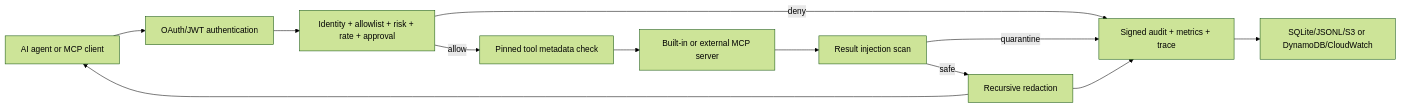
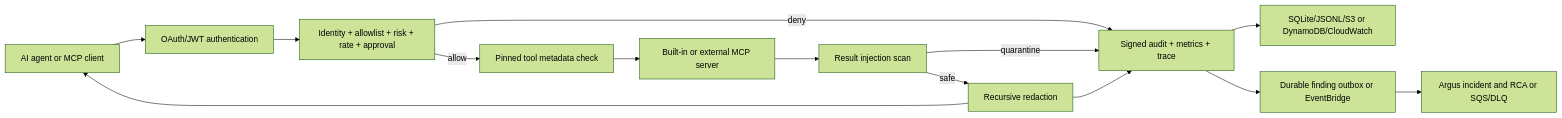
The diagram in README.md (gaurav-gs7/Verdikt), drawn with Mermaid (forest theme) before and after one commit. The commit also changed other lines of this file and 158 other files, not shown here.

````diff
--- a/README.md
+++ b/README.md
@@ -48,14 +52,16 @@
 ```mermaid
 flowchart LR
     Agent["AI agent or MCP client"] --> Auth["OAuth/JWT authentication"]
     Auth --> Request["Identity + allowlist + risk + rate + approval"]
     Request -->|"deny"| Evidence["Signed audit + metrics + trace"]
     Request -->|"allow"| Integrity["Pinned tool metadata check"]
     Integrity --> Upstream["Built-in or external MCP server"]
     Upstream --> Inspect["Result injection scan"]
     Inspect -->|"quarantine"| Evidence
     Inspect -->|"safe"| Redact["Recursive redaction"]
     Redact --> Agent
     Redact --> Evidence
     Evidence --> Sink["SQLite/JSONL/S3 or DynamoDB/CloudWatch"]
+    Evidence --> Finding["Durable finding outbox or EventBridge"]
+    Finding --> Incident["Argus incident and RCA or SQS/DLQ"]
 ```
````
